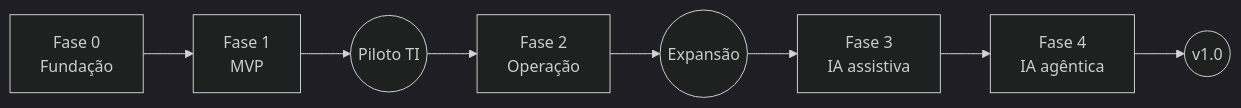
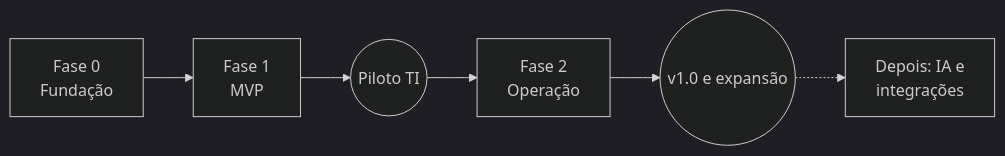
Before and after one commit to 0LB-i/ticketflow: the diagram in docs/07-roadmap.md, drawn with Mermaid (dark theme). The commit also changed other lines of this file and 21 other files, not shown here.

````diff
--- a/docs/07-roadmap.md
+++ b/docs/07-roadmap.md
@@ -22,6 +22,6 @@
 ```mermaid
 flowchart LR
     F0[Fase 0<br/>Fundação] --> F1[Fase 1<br/>MVP] --> M1((Piloto TI))
-    M1 --> F2[Fase 2<br/>Operação] --> M2((Expansão))
-    M2 --> F3[Fase 3<br/>IA assistiva] --> F4[Fase 4<br/>IA agêntica] --> V1((v1.0))
+    M1 --> F2[Fase 2<br/>Operação] --> V1((v1.0 e expansão))
+    V1 -.-> IA[Depois: IA e<br/>integrações]
 ```
````
